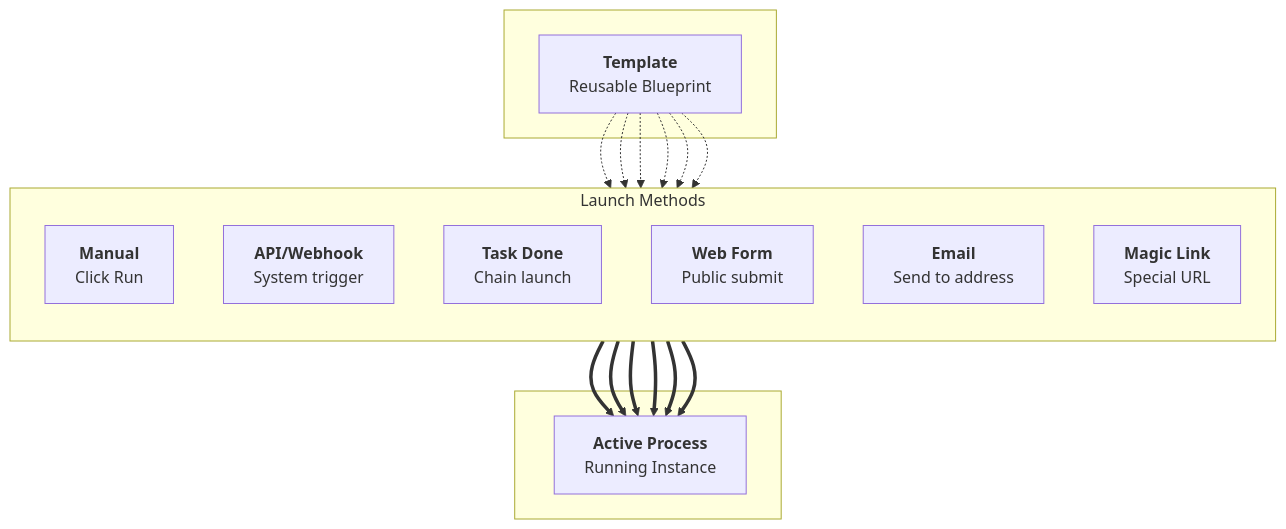
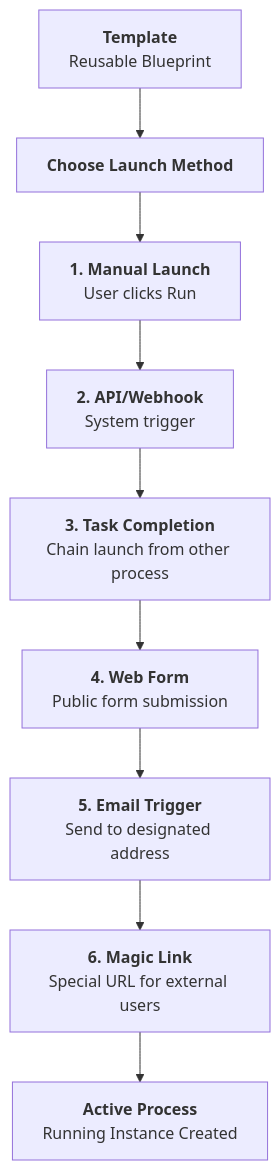
One commit to tallyfy/documentation changed the diagram in src/content/docs/pro/launching/index.mdx. Above: the diagram before and after it, drawn with Mermaid.

Commit message:
Fix: Restructure launching diagram to truly vertical sequential flow
- Changed from hub-and-spoke to sequential numbered list
- Each launch method now connects vertically to the next
- Removed subgraphs that weren't forcing vertical layout
- Used graph TD with simple sequential connections
- This ensures true vertical rendering on mobile devices

````diff
--- a/src/content/docs/pro/launching/index.mdx
+++ b/src/content/docs/pro/launching/index.mdx
@@ -57,51 +57,37 @@
 ```mermaid
-flowchart TB
-    subgraph " "
-        Template["`**Template**
-        Reusable Blueprint`"]
-    end
+graph TD
+    Template["`**Template**
+    Reusable Blueprint`"]
     
-    subgraph "Launch Methods"
-        direction TB
-        Manual["`**Manual**
-        Click Run`"]
-        API["`**API/Webhook**
-        System trigger`"]
-        Task["`**Task Done**
-        Chain launch`"]
-        Form["`**Web Form**
-        Public submit`"]
-        Email["`**Email**
-        Send to address`"]
-        Magic["`**Magic Link**
-        Special URL`"]
-    end
+    Template --> Methods["`**Choose Launch Method**`"]
     
-    subgraph " "
-        Process["`**Active Process**
-        Running Instance`"]
-    end
+    Methods --> Manual["`**1. Manual Launch**
+    User clicks Run`"]
     
-    Template -.-> Manual
-    Template -.-> API
-    Template -.-> Task
-    Template -.-> Form
-    Template -.-> Email
-    Template -.-> Magic
+    Manual --> API["`**2. API/Webhook**
+    System trigger`"]
     
-    Manual ==> Process
-    API ==> Process
-    Task ==> Process
-    Form ==> Process
-    Email ==> Process
-    Magic ==> Process
+    API --> Task["`**3. Task Completion**
+    Chain launch from other process`"]
+    
+    Task --> Form["`**4. Web Form**
+    Public form submission`"]
+    
+    Form --> Email["`**5. Email Trigger**
+    Send to designated address`"]
+    
+    Email --> Magic["`**6. Magic Link**
+    Special URL for external users`"]
+    
+    Magic --> Process["`**Active Process**
+    Running Instance Created`"]
     
     click Manual "/products/pro/launching/how-can-i-launch-a-process-in-tallyfy/" "Manual launching guide"
     click Template "/products/pro/documenting/templates/" "Templates overview"
     click Process "/products/pro/tracking-and-tasks/processes/" "Processes overview"
     click API "/products/pro/integrations/open-api/" "API documentation"
     click Form "/products/pro/launching/how-to-launch-a-tallyfy-process-from-a-webform/" "Web form launching"
     click Email "/products/pro/launching/triggers/via-email/" "Email triggers"
     click Magic "/products/pro/launching/triggers/magic-links/" "Magic links"
     click Task "/products/pro/launching/launch-process-when-task-is-completed/" "Task completion triggers"
 ```
````
